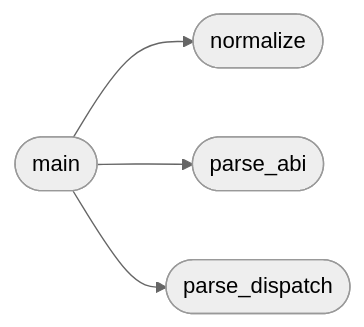
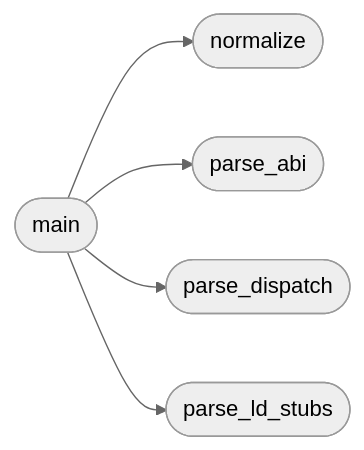
One commit to grisuno/miniOS changed the diagram in readmenator-apidocs/modules/tools.check_abi_numbers.py.md. Above: the diagram before and after it, drawn with Mermaid (neutral theme). The commit also changed other lines of this file and 286 other files, not shown here.

````diff
--- a/readmenator-apidocs/modules/tools.check_abi_numbers.py.md
+++ b/readmenator-apidocs/modules/tools.check_abi_numbers.py.md
@@ -40,10 +49,12 @@
 ```mermaid
 flowchart LR
     n_tools_check_abi_numbers_py__main(["main"])
     n_tools_check_abi_numbers_py__normalize(["normalize"])
     n_tools_check_abi_numbers_py__parse_abi(["parse_abi"])
     n_tools_check_abi_numbers_py__parse_dispatch(["parse_dispatch"])
+    n_tools_check_abi_numbers_py__parse_ld_stubs(["parse_ld_stubs"])
     n_tools_check_abi_numbers_py__main --> n_tools_check_abi_numbers_py__normalize
     n_tools_check_abi_numbers_py__main --> n_tools_check_abi_numbers_py__parse_abi
     n_tools_check_abi_numbers_py__main --> n_tools_check_abi_numbers_py__parse_dispatch
+    n_tools_check_abi_numbers_py__main --> n_tools_check_abi_numbers_py__parse_ld_stubs
 ```
````
